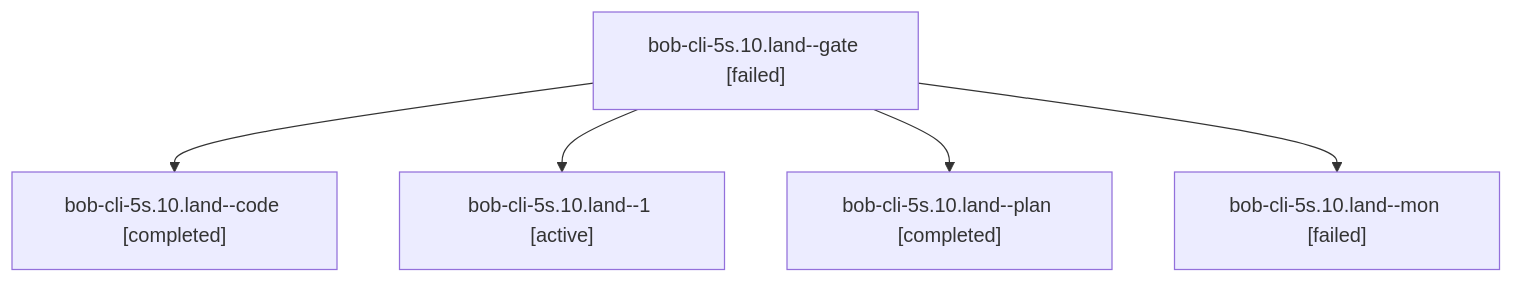
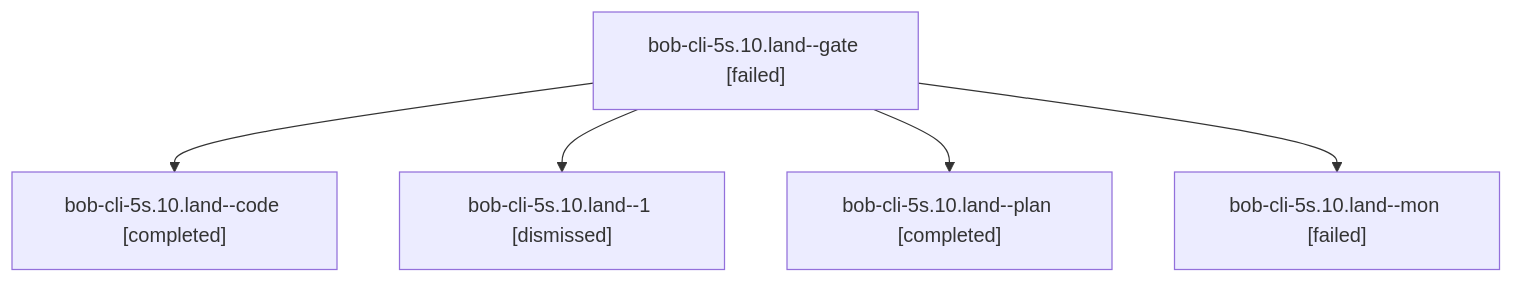
Before and after one commit to bobs-org/bob-cli--agents: the diagram in sessions/bbugyi200.athena.bob-cli-5s.10.land.md, drawn with Mermaid. The commit also changed other lines of this file and 103 other files, not shown here.

````diff
--- a/sessions/bbugyi200.athena.bob-cli-5s.10.land.md
+++ b/sessions/bbugyi200.athena.bob-cli-5s.10.land.md
@@ -9,12 +9,12 @@
 ```mermaid
 flowchart TD
   n0["bob-cli-5s.10.land--gate [failed]"]
   n1["bob-cli-5s.10.land--code [completed]"]
   n0 --> n1
-  n2["bob-cli-5s.10.land--1 [active]"]
+  n2["bob-cli-5s.10.land--1 [dismissed]"]
   n0 --> n2
   n3["bob-cli-5s.10.land--plan [completed]"]
   n0 --> n3
   n4["bob-cli-5s.10.land--mon [failed]"]
   n0 --> n4
 ```
````
